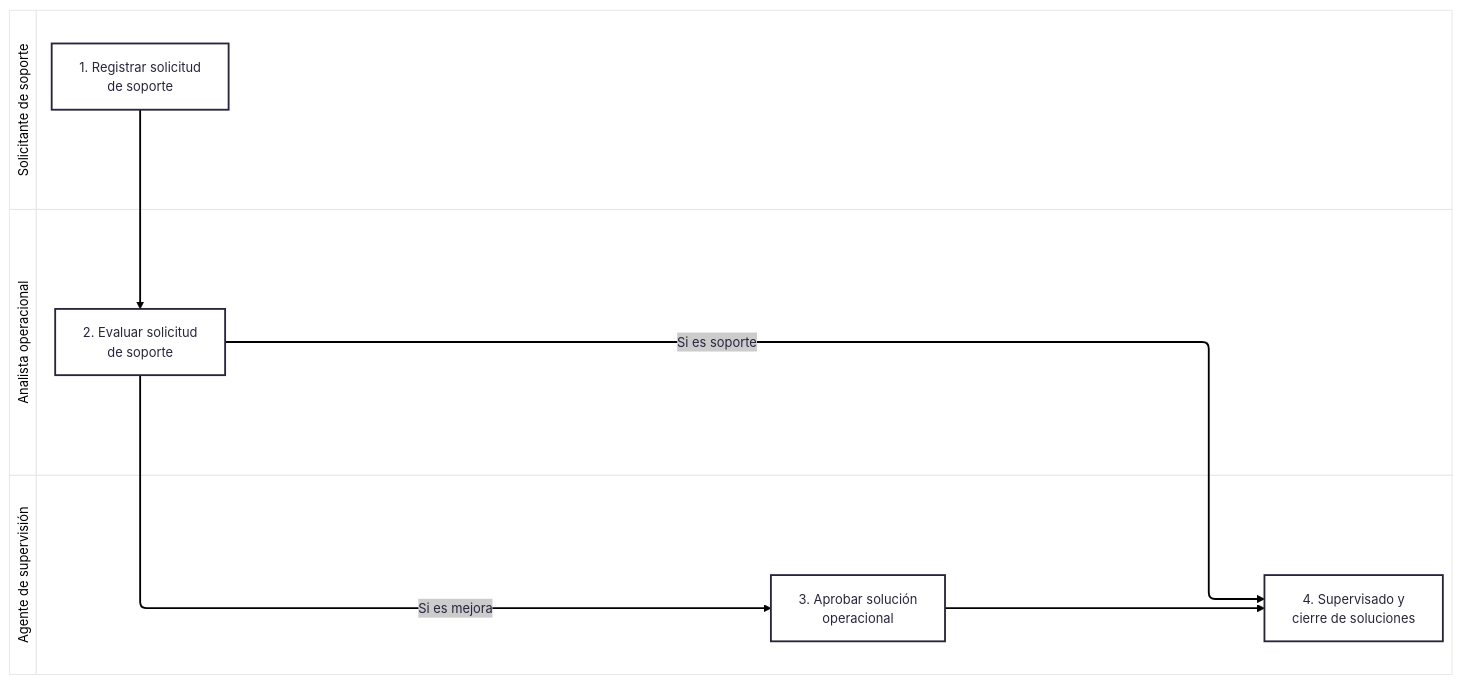
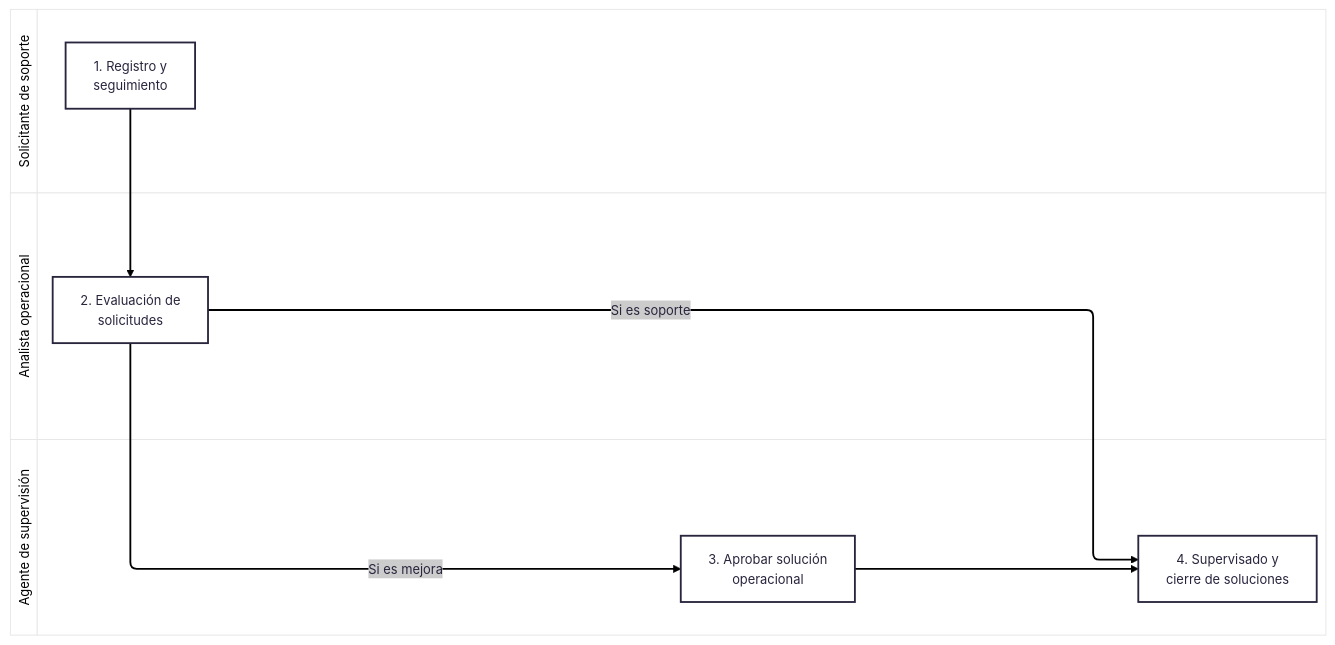
One commit to the-alive-lab/vslices changed the diagram in products/docs-standard/diagramas/work-coordination-diagram.md. Above: the diagram before and after it, drawn with Mermaid.

Commit message:
docs: link Work Flow Behavior Diagram and align Serviu examples

````diff
--- a/products/docs-standard/diagramas/work-coordination-diagram.md
+++ b/products/docs-standard/diagramas/work-coordination-diagram.md
@@ -54,24 +54,24 @@
 ```mermaid
 ---
 config:
   theme: redux-color
 ---
 swimlane-beta LR
     subgraph solicitante ["Solicitante de soporte"]
-        registrar["1. Registrar solicitud<br/>de soporte"]
+        registrar["1. Registro y<br/>seguimiento"]
     end
 
     subgraph analista ["Analista operacional"]
-        evaluar["2. Evaluar solicitud<br/>de soporte"]
+        evaluar["2. Evaluación de<br/>solicitudes"]
     end
 
     subgraph agente ["Agente de supervisión"]
         aprobar["3. Aprobar solución<br/>operacional"]
         supervisar["4. Supervisado y<br/>cierre de soluciones"]
     end
 
     registrar --> evaluar
     evaluar -->|"Si es soporte"| supervisar
     evaluar -->|"Si es mejora"| aprobar
     aprobar --> supervisar
 ```
````
